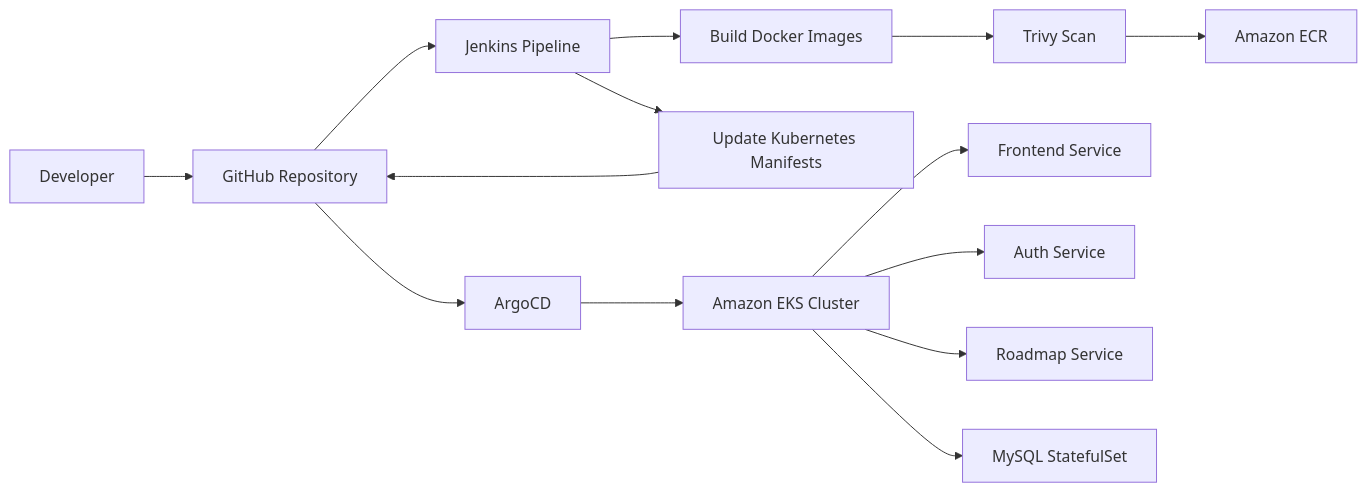
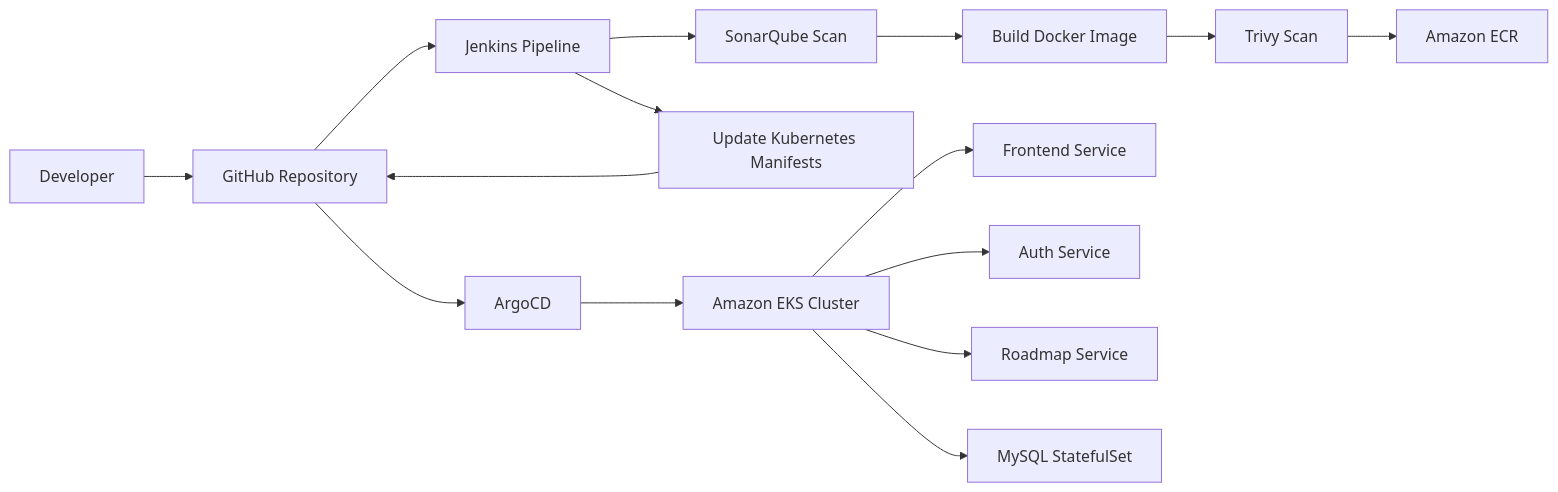
One commit to ahmeddhussain/ivolve-CloudDevOpsProject changed the diagram in README.md. Above: the diagram before and after it, drawn with Mermaid. The commit also changed other lines of this file and 2 other files, not shown here.

````diff
--- a/README.md
+++ b/README.md
@@ -67,16 +67,17 @@
 ```mermaid
 flowchart LR
     Dev[Developer] --> Git[GitHub Repository]
     Git --> Jenkins[Jenkins Pipeline]
-    Jenkins --> Build[Build Docker Images]
+    Jenkins --> Sonar[SonarQube Scan]
+    Sonar --> Build[Build Docker Image]
     Build --> Scan[Trivy Scan]
     Scan --> ECR[Amazon ECR]
     Jenkins --> Update[Update Kubernetes Manifests]
     Update --> Git
     Git --> ArgoCD[ArgoCD]
     ArgoCD --> EKS[Amazon EKS Cluster]
     EKS --> Frontend[Frontend Service]
     EKS --> Auth[Auth Service]
     EKS --> Roadmap[Roadmap Service]
     EKS --> DB[MySQL StatefulSet]
 ```
````
